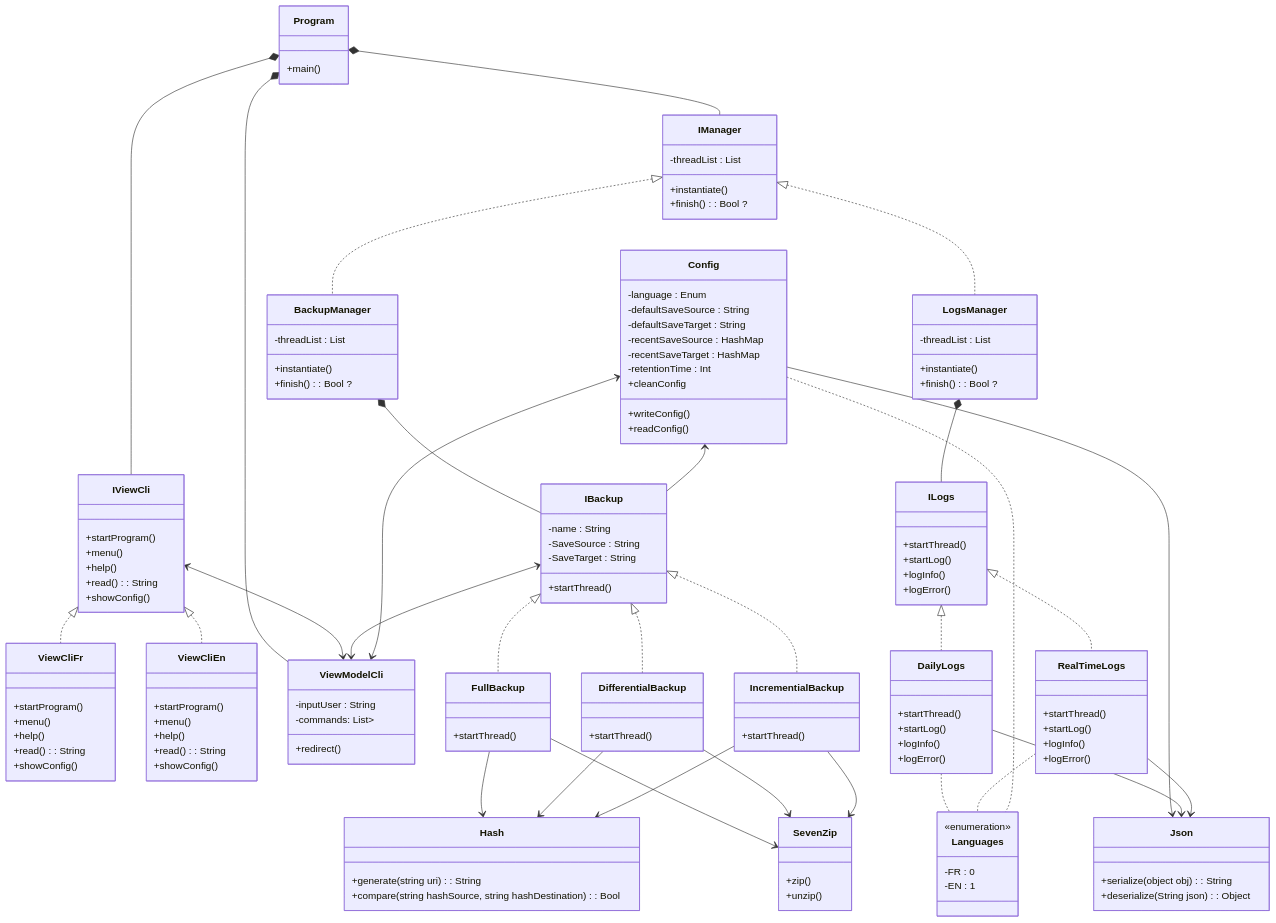
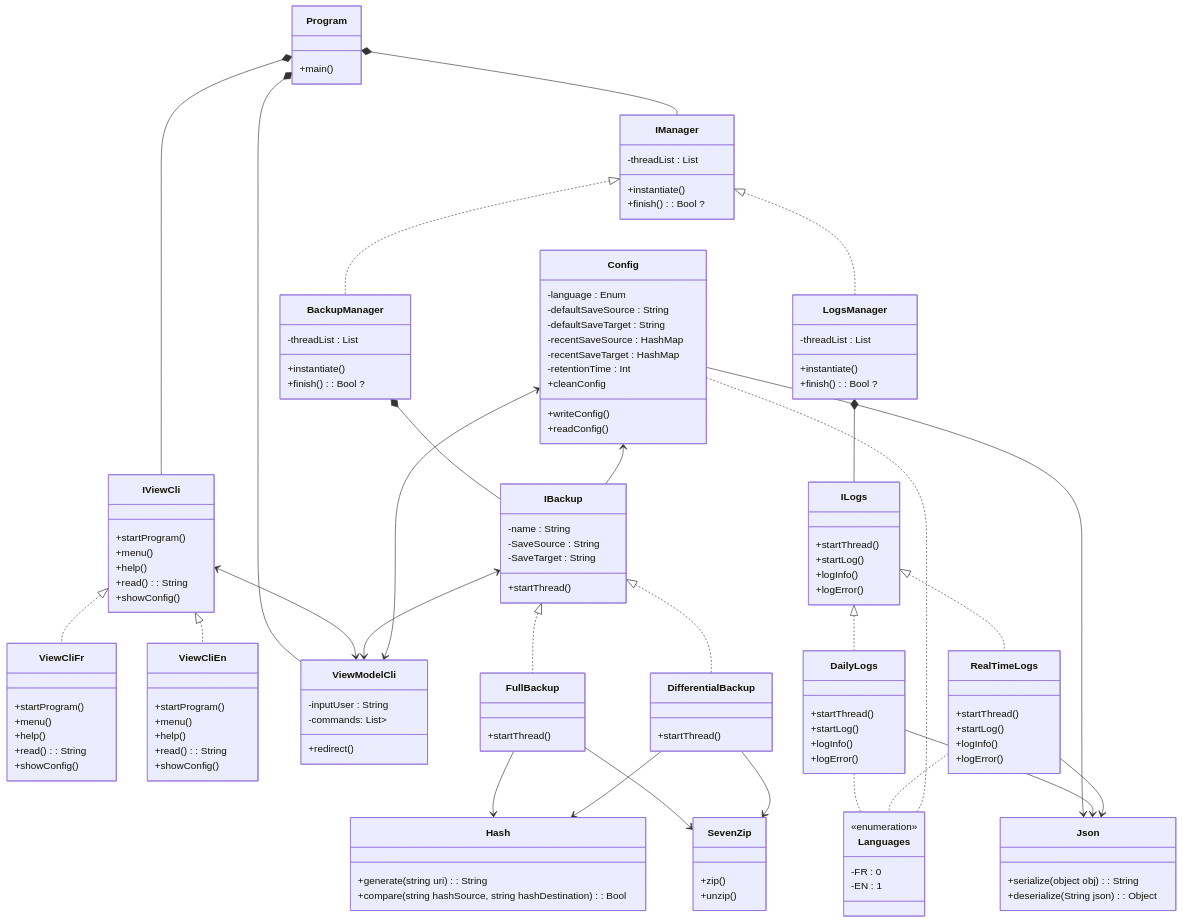
One commit to mboss7/CesiProgSys changed the diagram in diagClasse.md. Above: the diagram before and after it, drawn with Mermaid.

````diff
--- a/diagClasse.md
+++ b/diagClasse.md
@@ -56,9 +56,6 @@
 class DifferentialBackup{
 +startThread()
 }
-class IncrementialBackup{
-+startThread()
-}
 class SevenZip{
 +zip()
 +unzip()
@@ -112,7 +109,6 @@
 IManager <|.. LogsManager
 IBackup <|.. FullBackup
 IBackup <|.. DifferentialBackup
-IBackup <|.. IncrementialBackup
 ILogs <|.. DailyLogs
 ILogs <|.. RealTimeLogs
 Program *-- IManager
@@ -132,8 +128,6 @@
 RealTimeLogs --> Json
 FullBackup --> Hash
 DifferentialBackup --> Hash
-IncrementialBackup --> Hash
 FullBackup --> SevenZip
 DifferentialBackup --> SevenZip
-IncrementialBackup --> SevenZip
 ```
````
